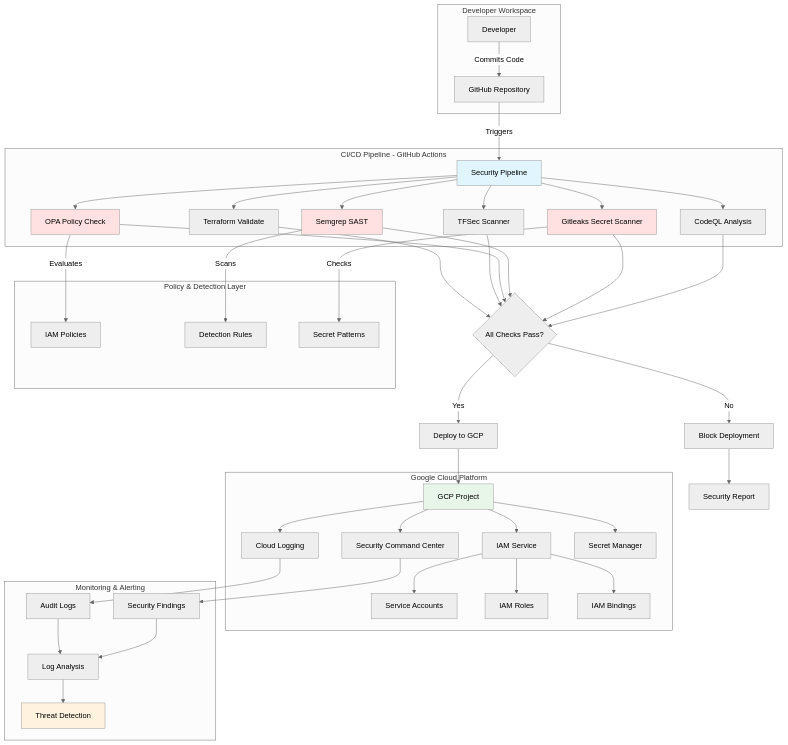
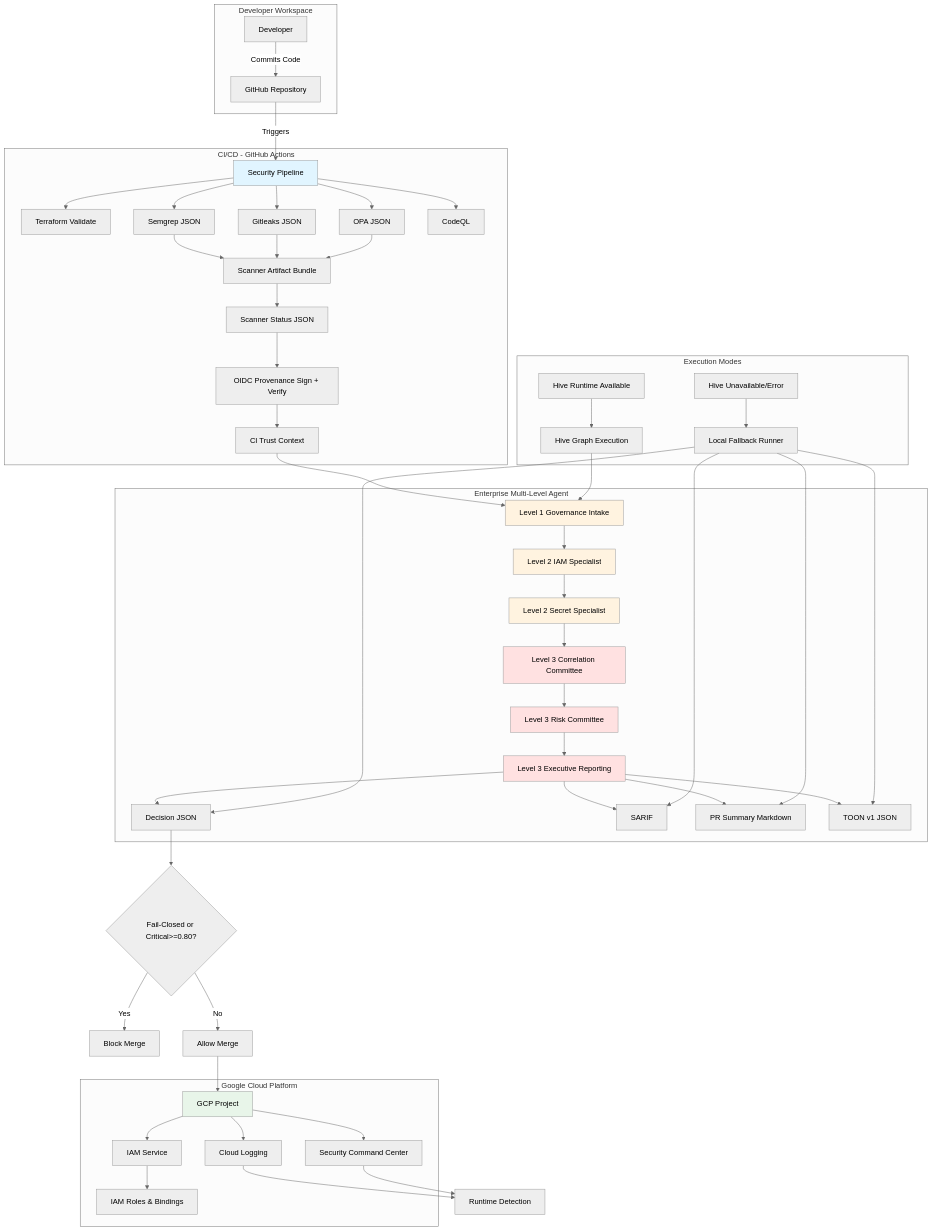
Before and after one commit to pawan122003/gcp-iam-threat-detection-lab: the diagram in docs/architecture.md, drawn with Mermaid (neutral theme). The commit also changed other lines of this file and 25 other files, not shown here.

````diff
--- a/docs/architecture.md
+++ b/docs/architecture.md
@@ -9,62 +9,70 @@
 ```mermaid
 graph TB
     subgraph "Developer Workspace"
         A[Developer] -->|Commits Code| B[GitHub Repository]
     end
-    
-    subgraph "CI/CD Pipeline - GitHub Actions"
+
+    subgraph "CI/CD - GitHub Actions"
         B -->|Triggers| C[Security Pipeline]
         C --> D[Terraform Validate]
-        C --> E[TFSec Scanner]
-        C --> F[OPA Policy Check]
-        C --> G[Semgrep SAST]
-        C --> H[Gitleaks Secret Scanner]
-        C --> I[CodeQL Analysis]
+        C --> E[Semgrep JSON]
+        C --> F[Gitleaks JSON]
+        C --> G[OPA JSON]
+        C --> H[CodeQL]
+        E --> I[Scanner Artifact Bundle]
+        F --> I
+        G --> I
+        I --> I2[Scanner Status JSON]
+        I2 --> I3[OIDC Provenance Sign + Verify]
+        I3 --> I4[CI Trust Context]
     end
-    
-    subgraph "Policy & Detection Layer"
-        F -->|Evaluates| J[IAM Policies]
-        G -->|Scans| K[Detection Rules]
-        H -->|Checks| L[Secret Patterns]
+
+    subgraph "Enterprise Multi-Level Agent"
+        I4 --> L1[Level 1 Governance Intake]
+        L1 --> L2A[Level 2 IAM Specialist]
+        L2A --> L2B[Level 2 Secret Specialist]
+        L2B --> L3A[Level 3 Correlation Committee]
+        L3A --> L3B[Level 3 Risk Committee]
+        L3B --> L3C[Level 3 Executive Reporting]
+
+        L3C --> J[Decision JSON]
+        L3C --> K[SARIF]
+        L3C --> M[PR Summary Markdown]
+        L3C --> N2[TOON v1 JSON]
     end
-    
+
+    subgraph "Execution Modes"
+        N[Hive Runtime Available] --> O[Hive Graph Execution]
+        P[Hive Unavailable/Error] --> Q[Local Fallback Runner]
+        O --> L1
+        Q --> J
+        Q --> K
+        Q --> M
+        Q --> N2
+    end
+
+    J --> R{Fail-Closed or Critical>=0.80?}
+    R -->|Yes| S[Block Merge]
+    R -->|No| T[Allow Merge]
+
     subgraph "Google Cloud Platform"
-        M[GCP Project]
-        M --> N[IAM Service]
-        M --> O[Cloud Logging]
-        M --> P[Security Command Center]
-        M --> Q[Secret Manager]
-        
-        N --> R[Service Accounts]
-        N --> S[IAM Roles]
-        N --> T[IAM Bindings]
+        U[GCP Project]
+        U --> V[IAM Service]
+        U --> W[Cloud Logging]
+        U --> X[Security Command Center]
+        V --> Y[IAM Roles & Bindings]
     end
-    
-    subgraph "Monitoring & Alerting"
-        O --> U[Audit Logs]
-        P --> V[Security Findings]
-        U --> W[Log Analysis]
-        V --> W
-        W --> X[Threat Detection]
-    end
-    
-    D --> Y{All Checks Pass?}
-    E --> Y
-    F --> Y
-    G --> Y
-    H --> Y
-    I --> Y
-    
-    Y -->|Yes| Z[Deploy to GCP]
-    Y -->|No| AA[Block Deployment]
-    
-    Z --> M
-    AA --> AB[Security Report]
-    
+
+    T --> U
+    W --> Z[Runtime Detection]
+    X --> Z
+
     style C fill:#e1f5ff
-    style F fill:#ffe1e1
-    style G fill:#ffe1e1
-    style H fill:#ffe1e1
-    style M fill:#e8f5e9
-    style X fill:#fff3e0
+    style L1 fill:#fff3e0
+    style L2A fill:#fff3e0
+    style L2B fill:#fff3e0
+    style L3A fill:#ffe1e1
+    style L3B fill:#ffe1e1
+    style L3C fill:#ffe1e1
+    style U fill:#e8f5e9
 ```
````
